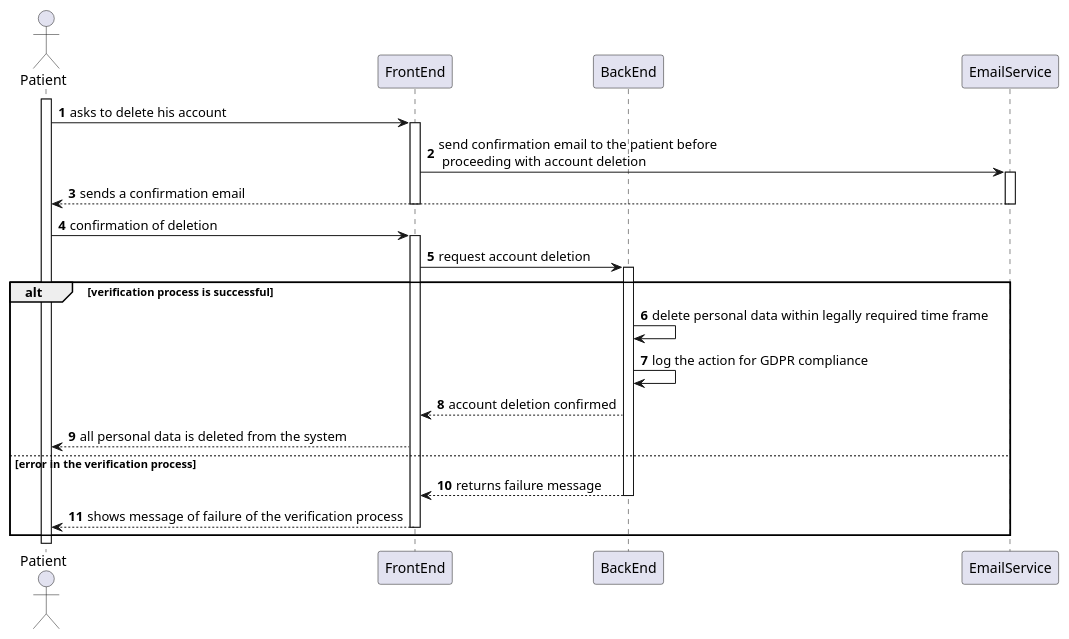
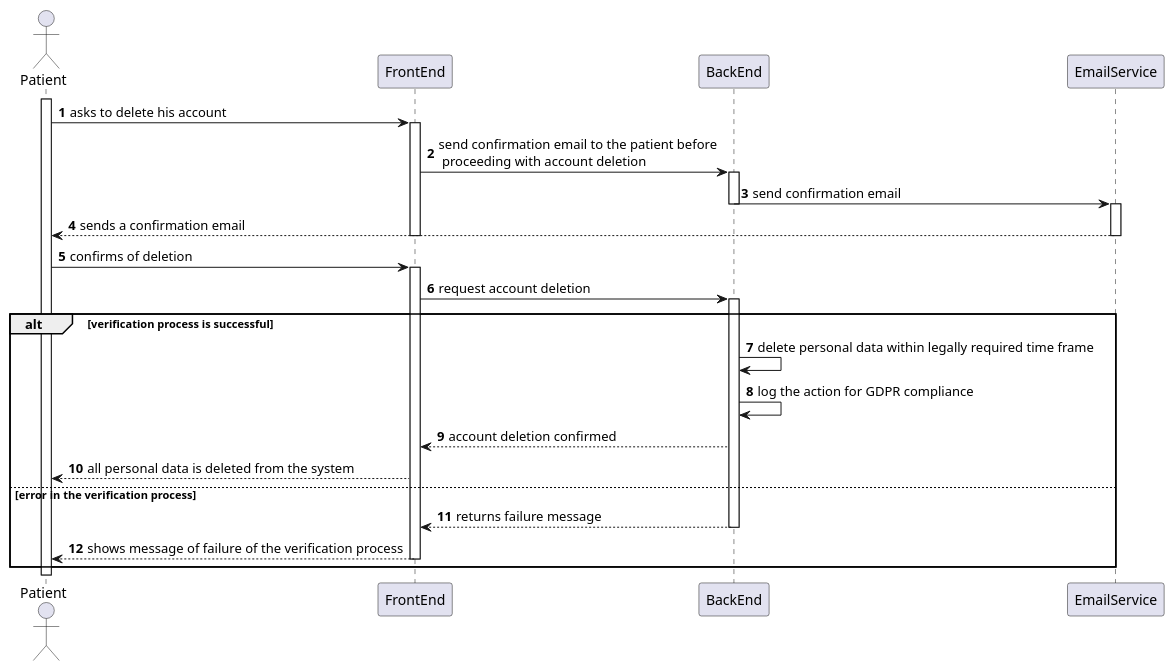
The diagram in Docs/SprintA/US5/level2/delete_account.puml (Saquinho74/LAPR5), drawn with PlantUML before and after one commit. The commit also changed 1 other file, not shown here.

```diff
--- a/Docs/SprintA/US5/level2/delete_account.puml
+++ b/Docs/SprintA/US5/level2/delete_account.puml
@@ -1,52 +1,58 @@
 @startuml
 'https://plantuml.com/sequence-diagram
 
 autonumber
 actor Patient as pa
 participant "FrontEnd" as fe
 participant "BackEnd" as be
 participant "EmailService" as es
 
 activate pa
 
 pa -> fe: asks to delete his account
 
 activate fe
 
-fe -> es: send confirmation email to the patient before\n proceeding with account deletion
+fe -> be: send confirmation email to the patient before\n proceeding with account deletion
+activate be
 
+be-> es: send confirmation email 
+
+deactivate be
 activate es
+
+
 
 es --> pa: sends a confirmation email
 
 deactivate es
 
 deactivate fe
 
-pa -> fe: confirmation of deletion
+pa -> fe: confirms of deletion
 activate fe
 
 fe -> be: request account deletion
 
 activate be
 
 alt verification process is successful
 
 
 be -> be: delete personal data within legally required time frame
 
 be -> be: log the action for GDPR compliance
 
 be --> fe: account deletion confirmed
 
 
 fe --> pa: all personal data is deleted from the system
 
 else error in the verification process
 be --> fe: returns failure message
 deactivate be
 fe --> pa: shows message of failure of the verification process
 
 deactivate fe
 end
 @enduml
```
